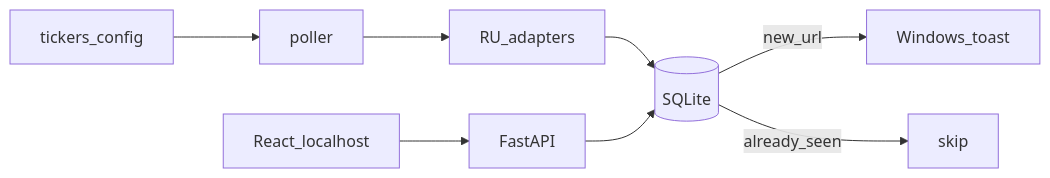
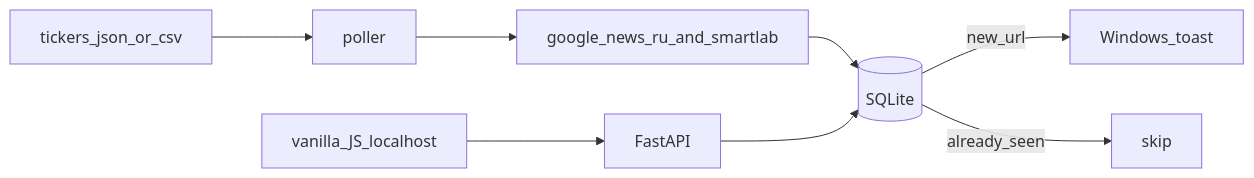
Before and after one commit to Random2079/Portfolio: the diagram in .cursor/plans/IDEA-003-portfolio-news.md, drawn with Mermaid. The commit also changed other lines of this file and 5 other files, not shown here.

````diff
--- a/.cursor/plans/IDEA-003-portfolio-news.md
+++ b/.cursor/plans/IDEA-003-portfolio-news.md
@@ -34,10 +34,10 @@
 ```mermaid
 flowchart LR
-  tickers[tickers_config] --> poll[poller]
-  poll --> sources[RU_adapters]
+  tickers[tickers_json_or_csv] --> poll[poller]
+  poll --> sources[google_news_ru_and_smartlab]
   sources --> db[(SQLite)]
   db -->|new_url| toast[Windows_toast]
   db -->|already_seen| skip[skip]
-  react[React_localhost] --> api[FastAPI]
+  ui[vanilla_JS_localhost] --> api[FastAPI]
   api --> db
 ```
````
